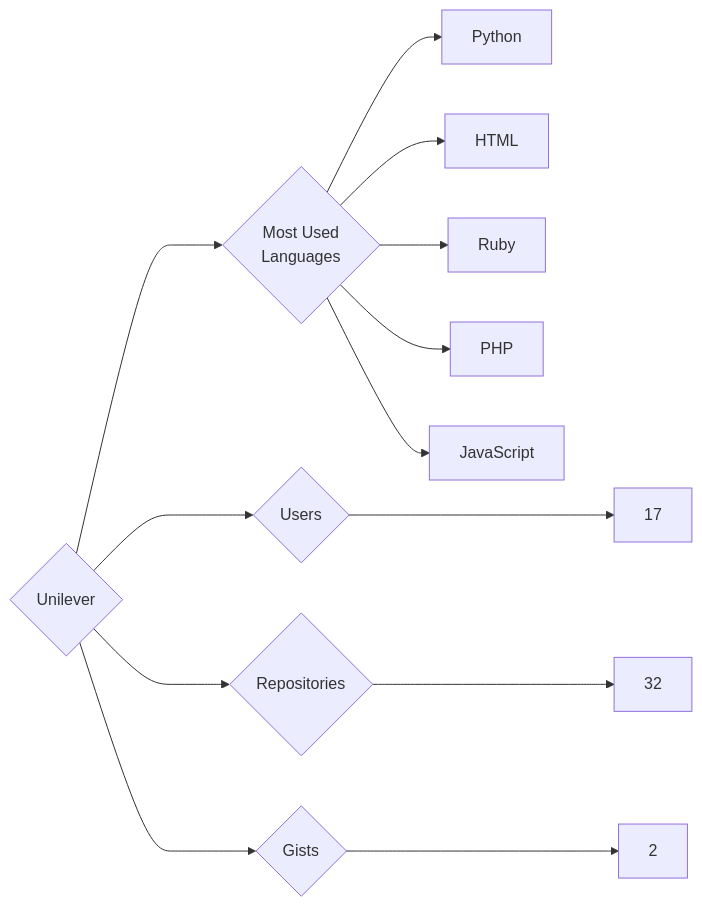
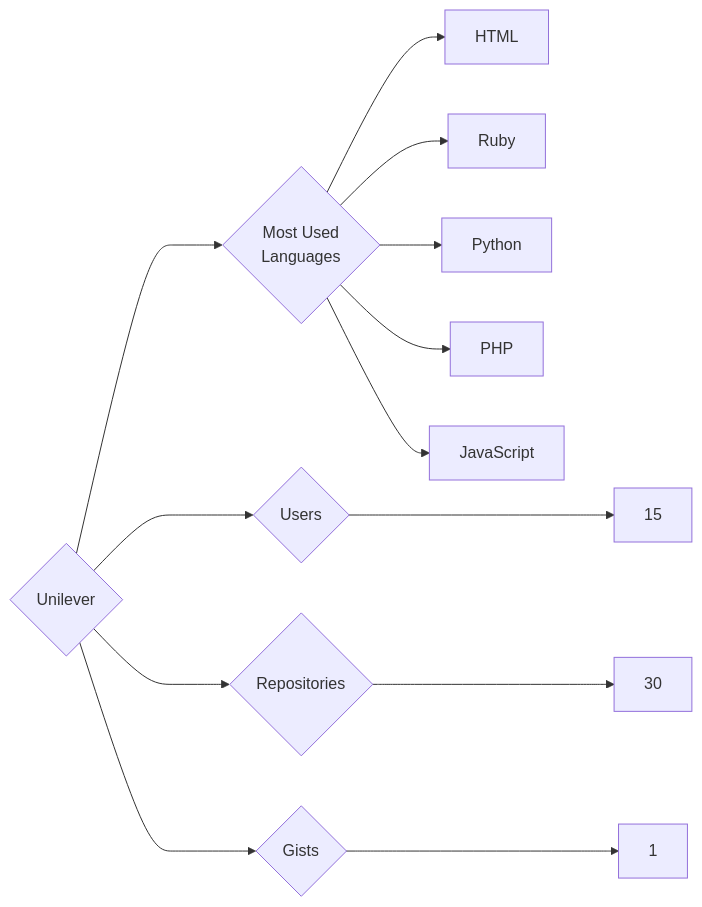
Before and after one commit to trickest/insiders: the diagram in targets/Unilever/README.md, drawn with Mermaid. The commit also changed 814 other files, not shown here.

````diff
--- a/targets/Unilever/README.md
+++ b/targets/Unilever/README.md
@@ -3,13 +3,13 @@
 ```mermaid
 graph LR
 COMPANY_NAME{Unilever}
-COMPANY_NAME ---> U{Users} ---> UN[17]
-COMPANY_NAME ---> R{Repositories} ---> RN[32]
-COMPANY_NAME ---> G{Gists} ---> GN[2]
+COMPANY_NAME ---> U{Users} ---> UN[15]
+COMPANY_NAME ---> R{Repositories} ---> RN[30]
+COMPANY_NAME ---> G{Gists} ---> GN[1]
 COMPANY_NAME ---> ML{Most Used<br>Languages}
-ML --> Python[Python]
 ML --> HTML[HTML]
 ML --> Ruby[Ruby]
+ML --> Python[Python]
 ML --> PHP[PHP]
 ML --> JavaScript[JavaScript]
 ```
````
